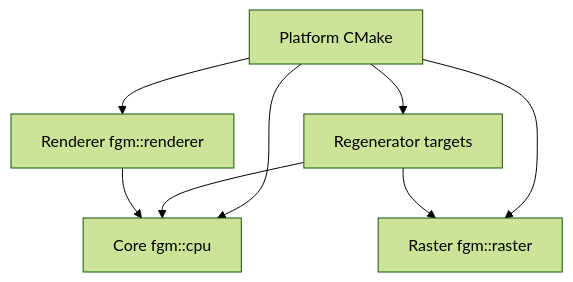
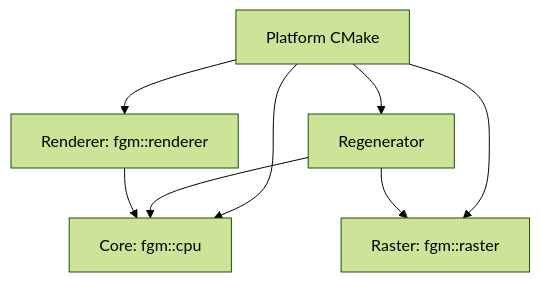
Before and after one commit to netkeep80/fgm-platform: the diagram in docs/platform.md, drawn with Mermaid (forest theme). The commit also changed other lines of this file and 132 other files, not shown here.

````diff
--- a/docs/platform.md
+++ b/docs/platform.md
@@ -26,10 +9,10 @@
 ```mermaid
 flowchart TD
-  P[Platform CMake] --> C[Core fgm::cpu]
-  P --> R[Raster fgm::raster]
-  P --> G[Regenerator targets]
-  P --> V[Renderer fgm::renderer]
+  P[Platform CMake] --> C["Core: fgm::cpu"]
+  P --> R["Raster: fgm::raster"]
+  P --> G[Regenerator]
+  P --> V["Renderer: fgm::renderer"]
   G --> C
   G --> R
   V --> C
 ```
````
